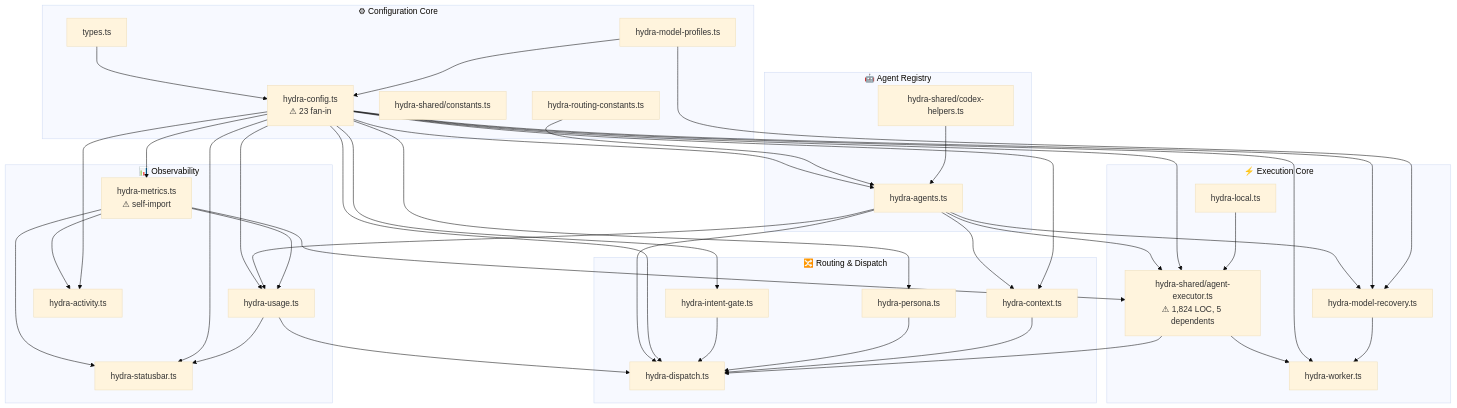
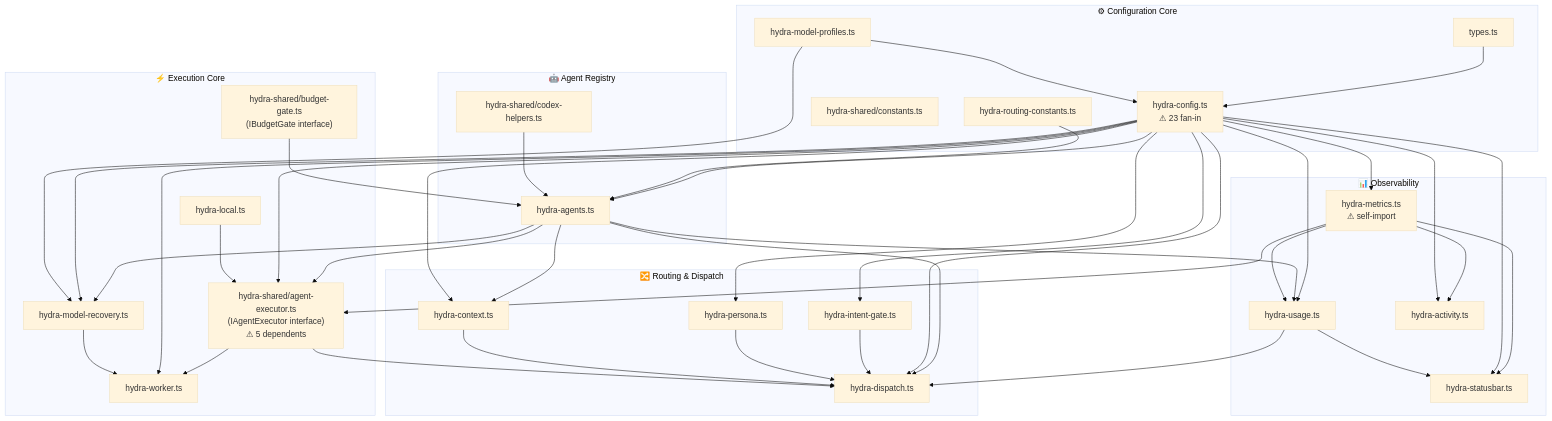
The third of 15 diagrams in docs/DEPENDENCY_DIAGRAMS.md (mikecubed/Hydra), drawn with Mermaid (base theme) before and after one commit. The commit also changed other lines of this file and 3 other files, not shown here.

````diff
--- a/docs/DEPENDENCY_DIAGRAMS.md
+++ b/docs/DEPENDENCY_DIAGRAMS.md
@@ -109,72 +116,74 @@
 ```mermaid
 graph TD
   subgraph Config["⚙ Configuration Core"]
     types["types.ts"]
     profiles["hydra-model-profiles.ts"]
     config["hydra-config.ts<br/>⚠ 23 fan-in"]
     constants["hydra-shared/constants.ts"]
     routing_const["hydra-routing-constants.ts"]
   end
 
   subgraph AgentReg["🤖 Agent Registry"]
     agents["hydra-agents.ts"]
     codex_helpers["hydra-shared/codex-helpers.ts"]
   end
 
   subgraph Execution["⚡ Execution Core"]
-    executor["hydra-shared/agent-executor.ts<br/>⚠ 1,824 LOC, 5 dependents"]
+    executor["hydra-shared/agent-executor.ts<br/>(IAgentExecutor interface)<br/>⚠ 5 dependents"]
+    budget_gate["hydra-shared/budget-gate.ts<br/>(IBudgetGate interface)"]
     worker["hydra-worker.ts"]
     local["hydra-local.ts"]
     model_recovery["hydra-model-recovery.ts"]
   end
 
   subgraph Routing["🔀 Routing & Dispatch"]
     dispatch["hydra-dispatch.ts"]
     intent["hydra-intent-gate.ts"]
     persona["hydra-persona.ts"]
     context["hydra-context.ts"]
   end
 
   subgraph Observability["📊 Observability"]
     metrics["hydra-metrics.ts<br/>⚠ self-import"]
     usage["hydra-usage.ts"]
     activity["hydra-activity.ts"]
     statusbar["hydra-statusbar.ts"]
   end
 
   types --> config
   profiles --> config
   config --> agents
   routing_const --> agents
   codex_helpers --> agents
+  budget_gate --> agents
   agents --> executor
   config --> executor
   local --> executor
   metrics --> executor
   executor --> worker
   config --> worker
   model_recovery --> worker
   agents --> dispatch
   config --> dispatch
   intent --> dispatch
   persona --> dispatch
   context --> dispatch
   executor --> dispatch
   usage --> dispatch
   config --> usage
   agents --> usage
   metrics --> usage
   config --> intent
   config --> persona
   agents --> context
   config --> context
   agents --> model_recovery
   config --> model_recovery
   profiles --> model_recovery
   config --> metrics
   metrics --> activity
   config --> activity
   metrics --> statusbar
   config --> statusbar
   usage --> statusbar
 ```
````
